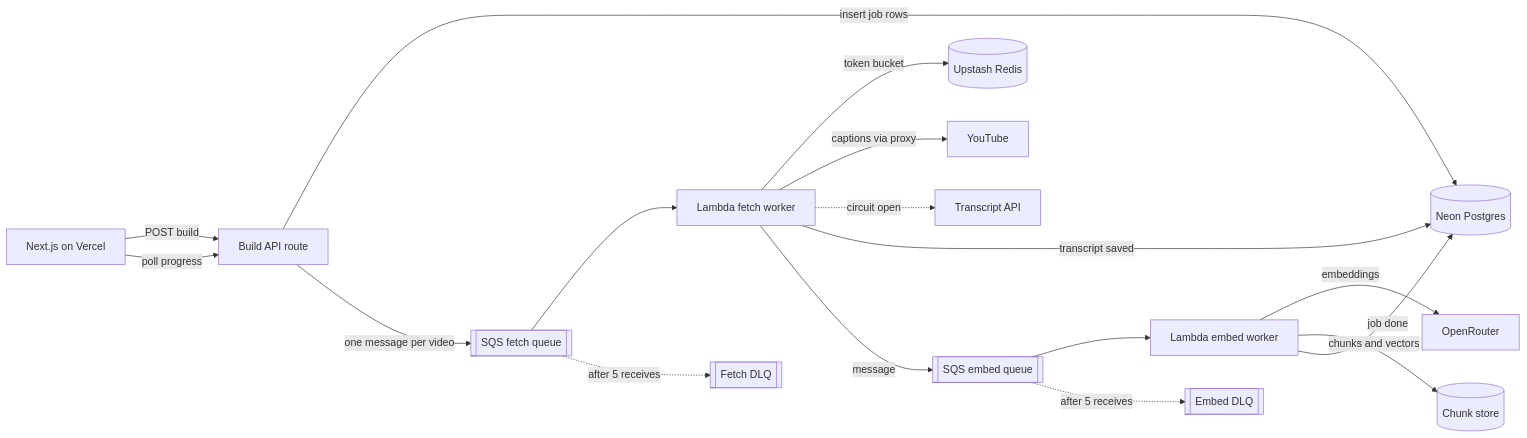
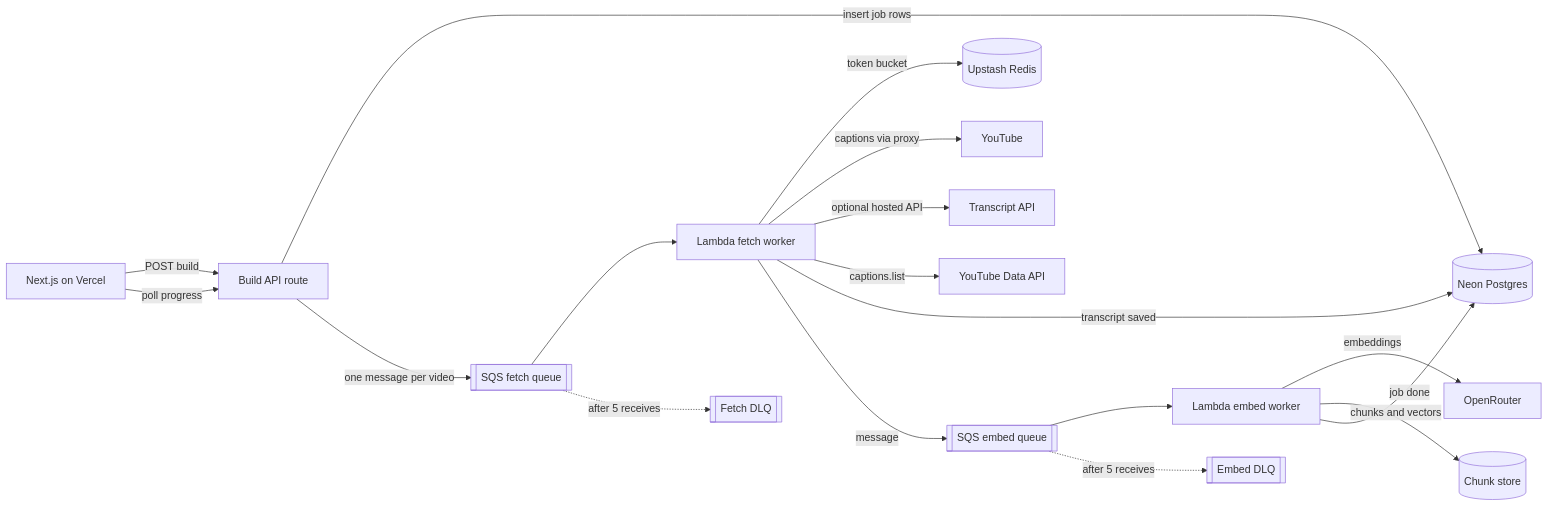
One commit to BharathLakkoju/tubecp changed the diagram in docs/TRANSCRIPT-PIPELINE.md. Above: the diagram before and after it, drawn with Mermaid. The commit also changed other lines of this file and 19 other files, not shown here.

First line of the commit message:
Fix YouTube research expansion, analysis stalls, and KB caption skips.

````diff
--- a/docs/TRANSCRIPT-PIPELINE.md
+++ b/docs/TRANSCRIPT-PIPELINE.md
@@ -38,19 +38,20 @@
 ```mermaid
 flowchart LR
   UI[Next.js on Vercel] -->|POST build| API[Build API route]
   API -->|insert job rows| PG[(Neon Postgres)]
   API -->|one message per video| FQ[[SQS fetch queue]]
   FQ --> FW[Lambda fetch worker]
   FW -->|token bucket| RL[(Upstash Redis)]
   FW -->|captions via proxy| YT[YouTube]
-  FW -.circuit open.-> TA[Transcript API]
+  FW -->|optional hosted API| TA[Transcript API]
+  FW -->|captions.list| YTAPI[YouTube Data API]
   FW -->|transcript saved| PG
   FW -->|message| EQ[[SQS embed queue]]
   EQ --> EW[Lambda embed worker]
   EW -->|embeddings| OR[OpenRouter]
   EW -->|chunks and vectors| ST[(Chunk store)]
   EW -->|job done| PG
   FQ -.after 5 receives.-> FDLQ[[Fetch DLQ]]
   EQ -.after 5 receives.-> EDLQ[[Embed DLQ]]
   UI -->|poll progress| API
 ```
````
